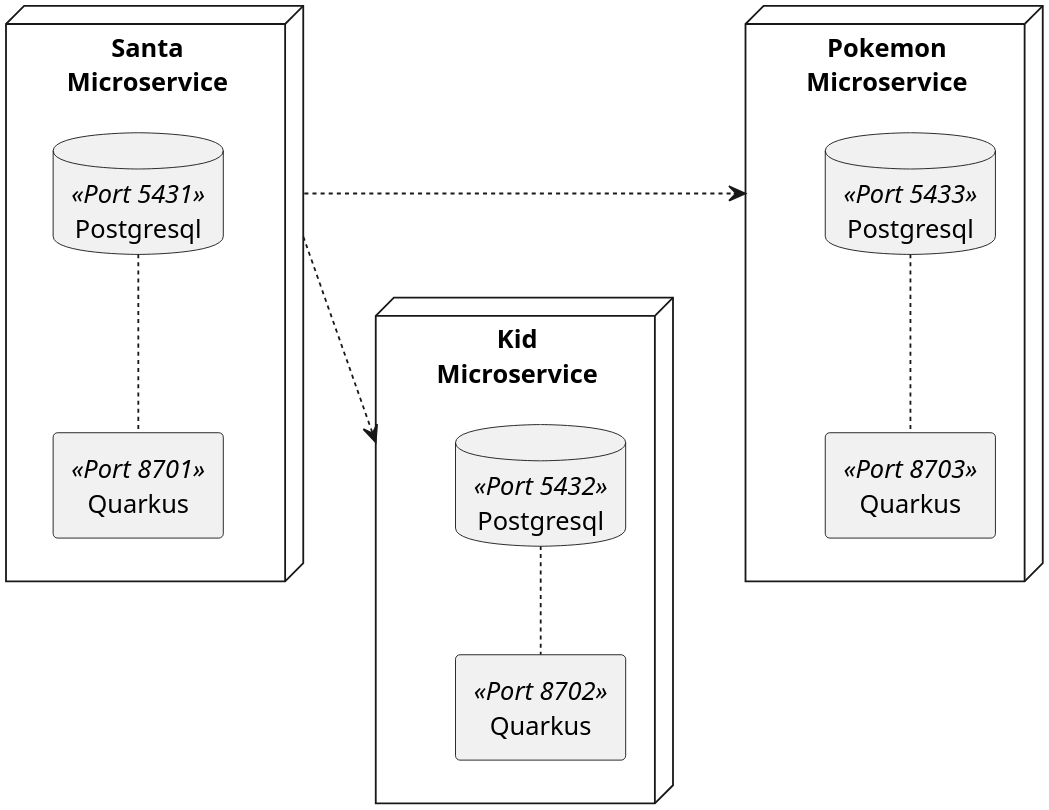
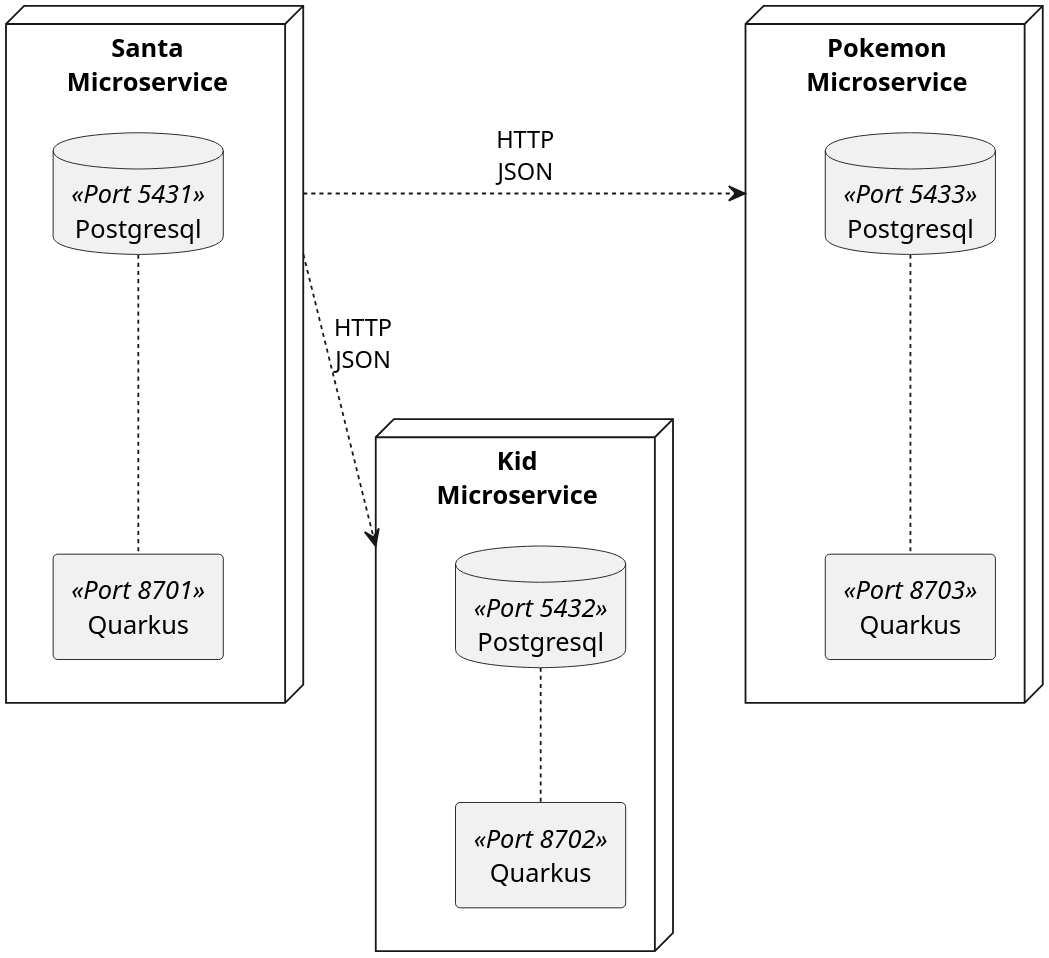
Before and after one commit to agoncal/agoncal-articles: the diagram in 2020-12-JavaAdvent/docs/src/docs/plantuml/javaadvent-figure-architecture.puml, drawn with PlantUML. The commit also changed 3 other files, not shown here.

```diff
--- a/2020-12-JavaAdvent/docs/src/docs/plantuml/javaadvent-figure-architecture.puml
+++ b/2020-12-JavaAdvent/docs/src/docs/plantuml/javaadvent-figure-architecture.puml
@@ -1,26 +1,26 @@
 @startuml
 skinparam dpi 300
 allow_mixing
 
 node "Santa\nMicroservice" as santa {
     agent "Quarkus" as santaQuarkus <<Port 8701>>
     database "Postgresql" as santaPostgresql <<Port 5431>>
     santaPostgresql .. santaQuarkus
 }
 
 node "Kid\nMicroservice" as kids {
     agent "Quarkus" as kidsQuarkus <<Port 8702>>
     database "Postgresql" as bookPostgresql <<Port 5432>>
     bookPostgresql .. kidsQuarkus
 }
 
 node "Pokemon\nMicroservice" as pokemon {
     agent "Quarkus" as pokemonQuarkus <<Port 8703>>
     database "Postgresql" as pokemonPostgresql <<Port 5433>>
     pokemonPostgresql .. pokemonQuarkus
 }
 
-santa ..> kids
-santa .> pokemon
+santa ..> kids: HTTP\nJSON
+santa .> pokemon: HTTP\nJSON
 
 @enduml
```
